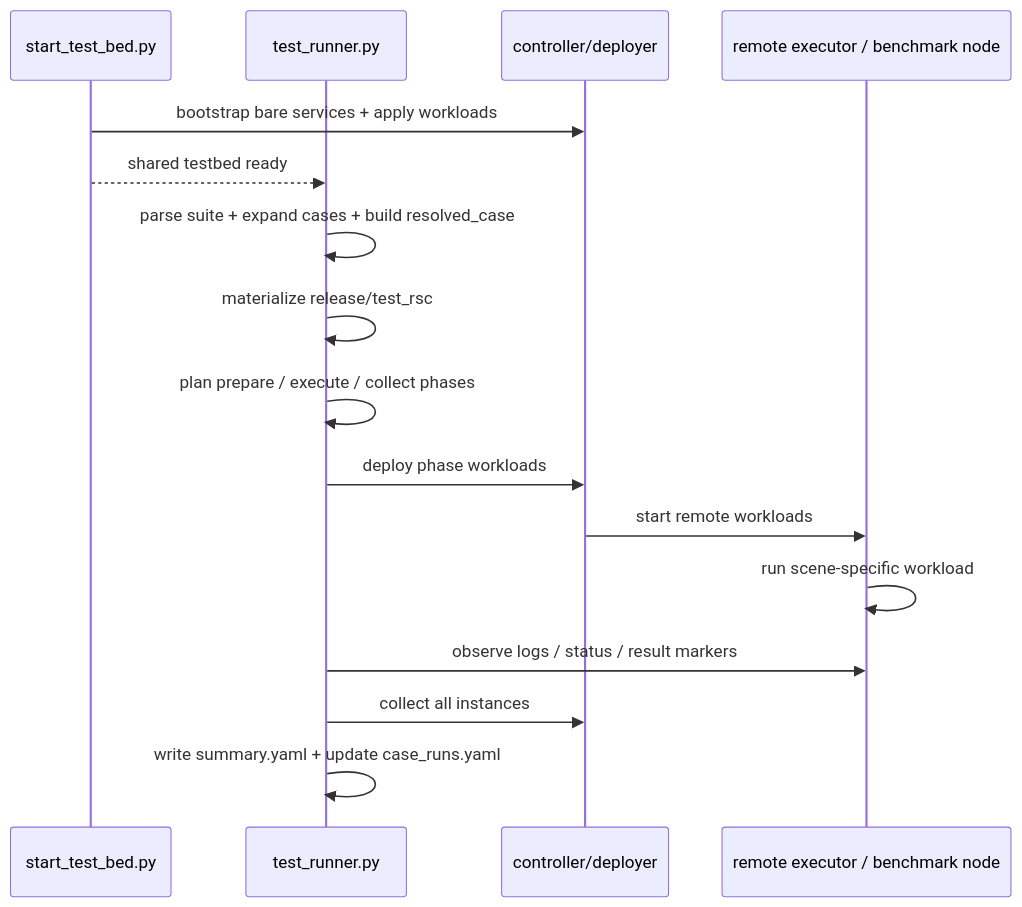
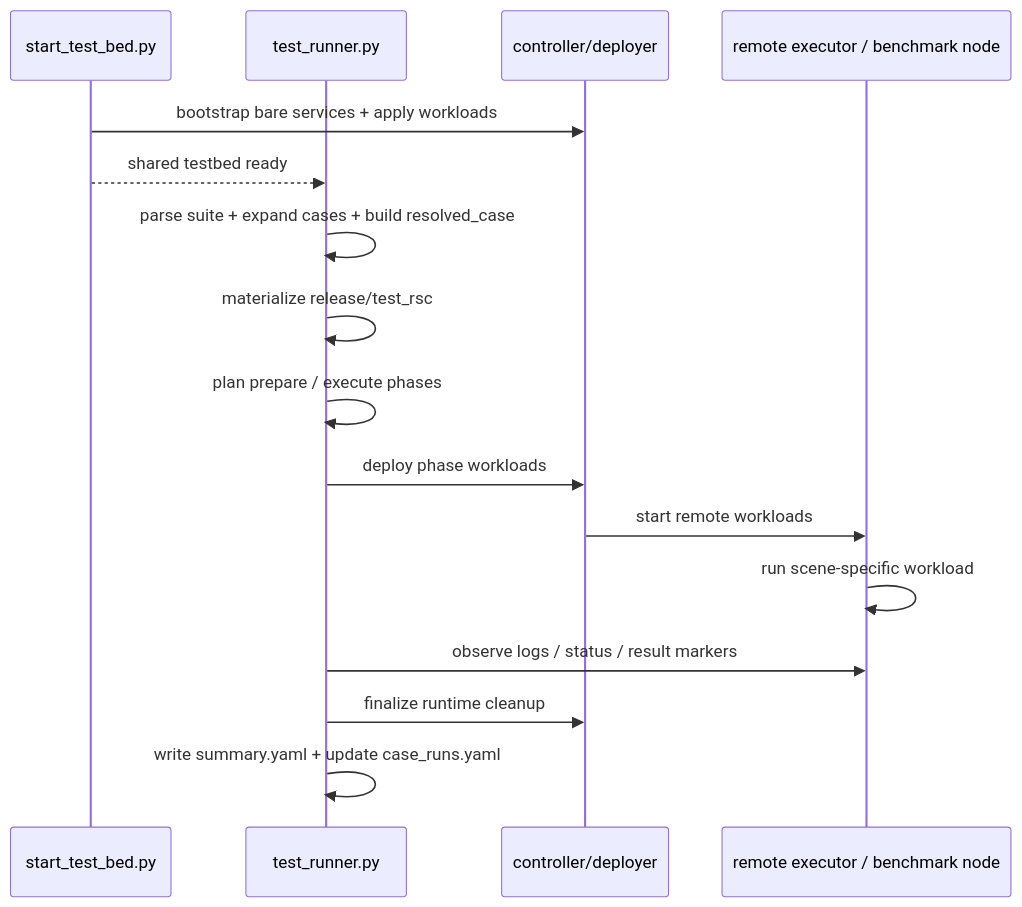
One commit to yxrxy/Fluxon changed the second of 2 diagrams in fluxon_doc_cn/design/teststack_1_当前架构与CI测试流程.md. Above: the diagram before and after it, drawn with Mermaid. The commit also changed other lines of this file and 46 other files, not shown here.

````diff
--- a/fluxon_doc_cn/design/teststack_1_当前架构与CI测试流程.md
+++ b/fluxon_doc_cn/design/teststack_1_当前架构与CI测试流程.md
@@ -469,20 +468,20 @@
 ```mermaid
 sequenceDiagram
     participant B as start_test_bed.py
     participant R as test_runner.py
     participant C as controller/deployer
     participant N as remote executor / benchmark node
 
     B->>C: bootstrap bare services + apply workloads
     B-->>R: shared testbed ready
 
     R->>R: parse suite + expand cases + build resolved_case
     R->>R: materialize release/test_rsc
-    R->>R: plan prepare / execute / collect phases
+    R->>R: plan prepare / execute phases
     R->>C: deploy phase workloads
     C->>N: start remote workloads
     N->>N: run scene-specific workload
     R->>N: observe logs / status / result markers
-    R->>C: collect all instances
+    R->>C: finalize runtime cleanup
     R->>R: write summary.yaml + update case_runs.yaml
 ```
````
